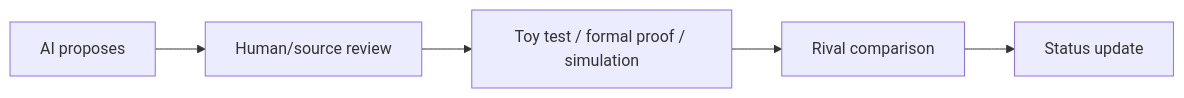
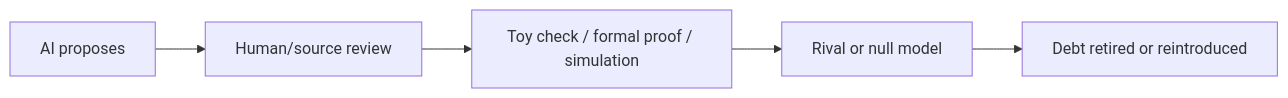
One commit to PithomLabs/workbench changed the fourth of 8 diagrams in book/README.MD. Above: the diagram before and after it, drawn with Mermaid. The commit also changed other lines of this file, not shown here.

````diff
--- a/book/README.MD
+++ b/book/README.MD
@@ -176,7 +245,7 @@
 ```mermaid
 flowchart LR
     A[AI proposes] --> B[Human/source review]
-    B --> C[Toy test / formal proof / simulation]
-    C --> D[Rival comparison]
-    D --> E[Status update]
+    B --> C[Toy check / formal proof / simulation]
+    C --> D[Rival or null model]
+    D --> E[Debt retired or reintroduced]
 ```
````
